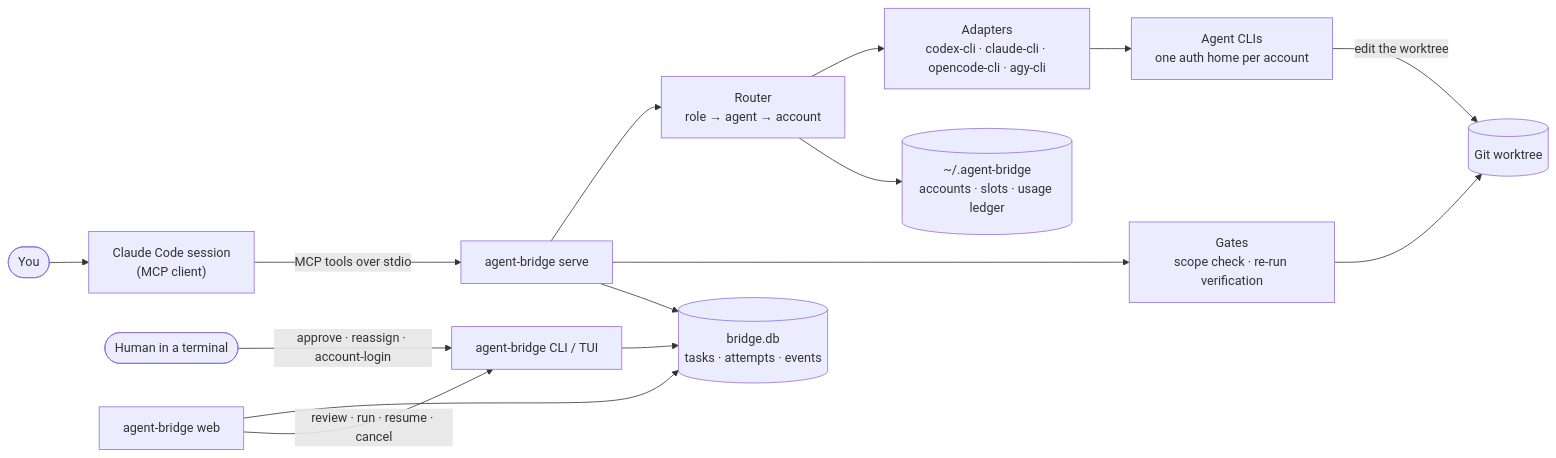
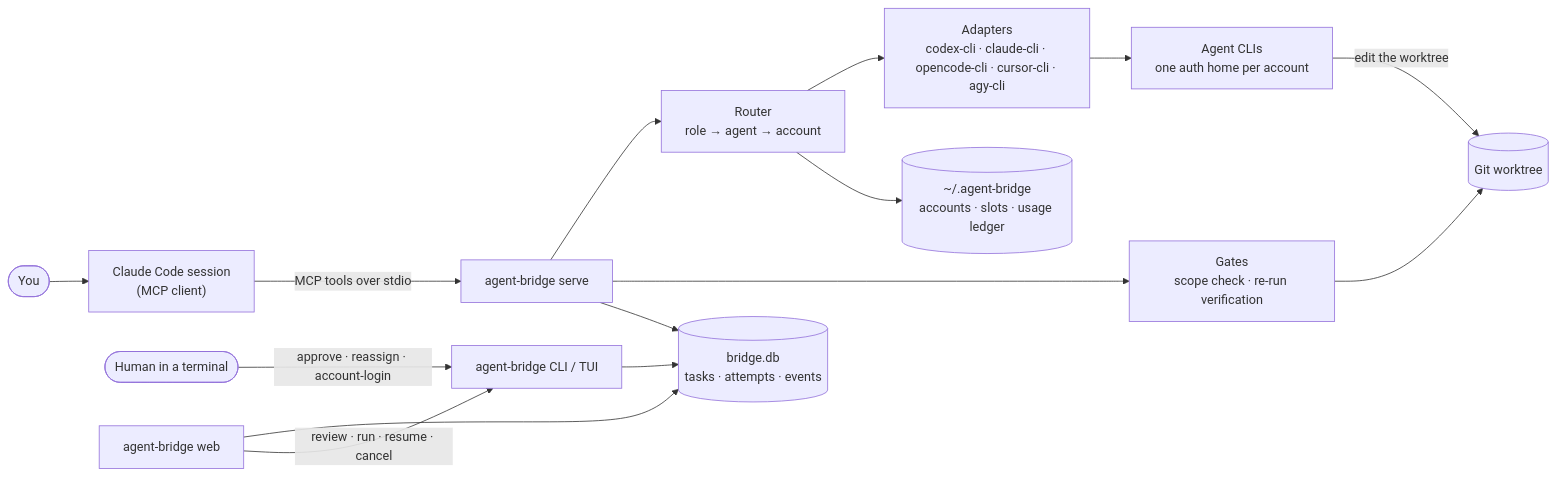
One commit to leetuanbmt/agent-orchestration-kit changed the first of 2 diagrams in README.md. Above: the diagram before and after it, drawn with Mermaid. The commit also changed other lines of this file and 19 other files, not shown here.

First line of the commit message:
add a read-only cursor-cli adapter for the Cursor CLI

````diff
--- a/README.md
+++ b/README.md
@@ -138,17 +138,17 @@
 ```mermaid
 flowchart LR
     you(["You"]) --> cc["Claude Code session<br/>(MCP client)"]
     cc -- "MCP tools over stdio" --> bridge["agent-bridge serve"]
     human(["Human in a terminal"]) -- "approve · reassign · account-login" --> cli["agent-bridge CLI / TUI"]
     bridge --> router["Router<br/>role → agent → account"]
-    router --> adapters["Adapters<br/>codex-cli · claude-cli · opencode-cli · agy-cli"]
+    router --> adapters["Adapters<br/>codex-cli · claude-cli · opencode-cli · cursor-cli · agy-cli"]
     adapters --> agents["Agent CLIs<br/>one auth home per account"]
     agents -- "edit the worktree" --> repo[("Git worktree")]
     bridge --> gates["Gates<br/>scope check · re-run verification"]
     gates --> repo
     bridge --> db[("bridge.db<br/>tasks · attempts · events")]
     router --> acct[("~/.agent-bridge<br/>accounts · slots · usage ledger")]
     cli --> db
     web["agent-bridge web"] --> db
     web -- "review · run · resume · cancel" --> cli
 ```
````
